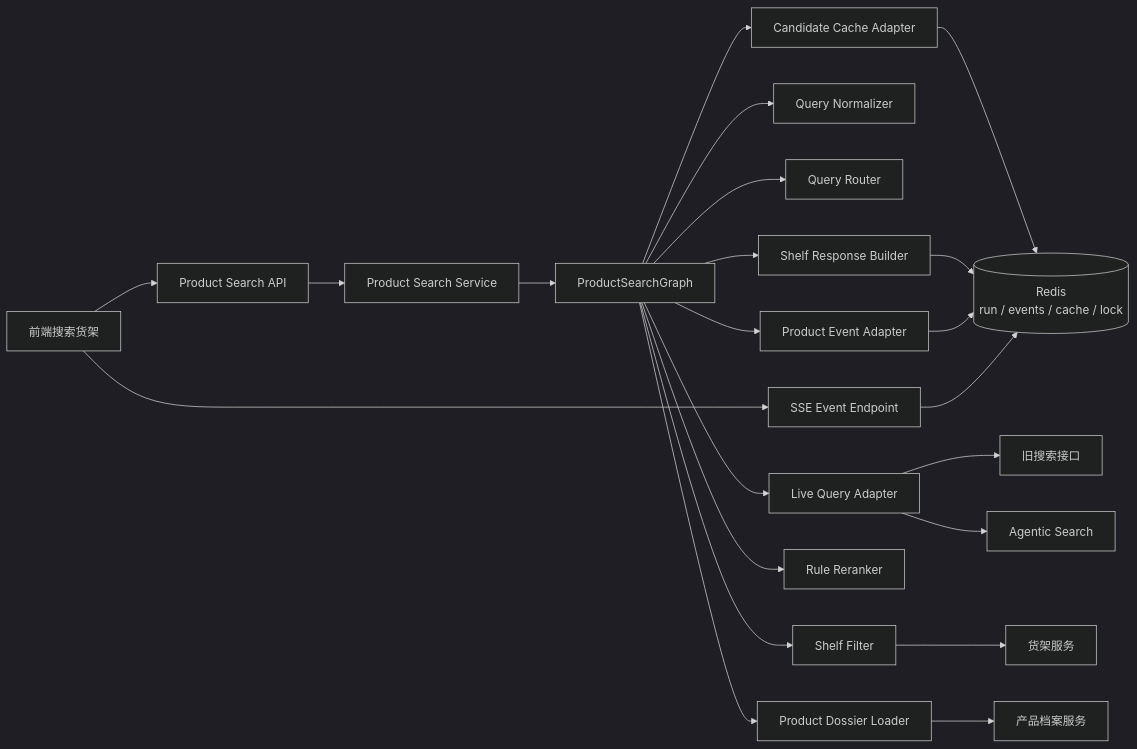
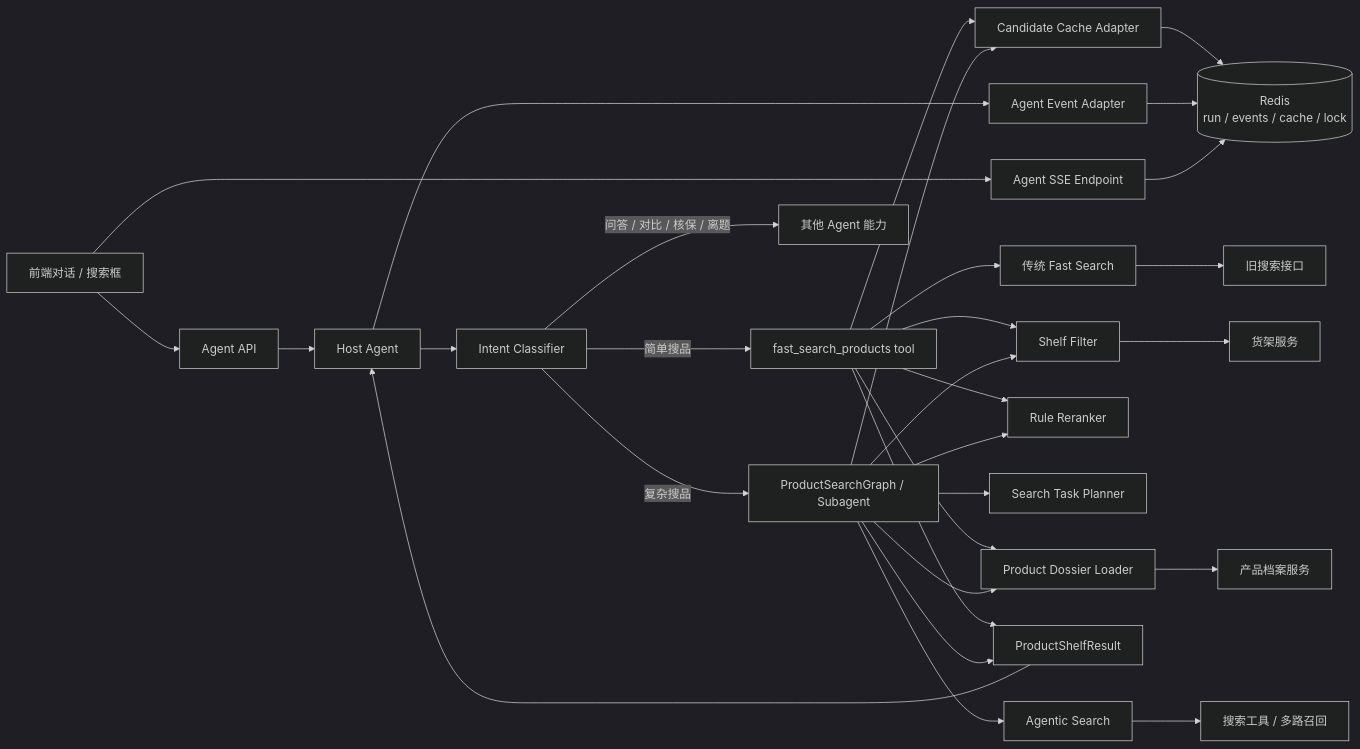
Before and after one commit to istarwyh/xiaohui: the first of 3 diagrams in content/program/llm/保险商品搜索 Agent 工程架构：从自然语言需求到可交互货架.md, drawn with Mermaid (dark theme). The commit also changed other lines of this file, not shown here.

Commit message:
修正搜品能力的 Agent 集成定位

````diff
--- a/content/program/llm/保险商品搜索 Agent 工程架构：从自然语言需求到可交互货架.md
+++ b/content/program/llm/保险商品搜索 Agent 工程架构：从自然语言需求到可交互货架.md
@@ -106,28 +122,38 @@
 ```mermaid
 flowchart LR
-    FE[前端搜索货架] --> API[Product Search API]
-    FE --> SSE[SSE Event Endpoint]
+    FE[前端对话 / 搜索框] --> API[Agent API]
+    FE --> SSE[Agent SSE Endpoint]
 
-    API --> SVC[Product Search Service]
-    SVC --> G[ProductSearchGraph]
+    API --> HOST[Host Agent]
+    HOST --> INTENT[Intent Classifier]
 
-    G --> N[Query Normalizer]
-    G --> R[Query Router]
-    G --> C[Candidate Cache Adapter]
-    G --> Q[Live Query Adapter]
-    G --> F[Shelf Filter]
-    G --> D[Product Dossier Loader]
-    G --> K[Rule Reranker]
-    G --> B[Shelf Response Builder]
+    INTENT -->|简单搜品| FAST[fast_search_products tool]
+    INTENT -->|复杂搜品| GRAPH[ProductSearchGraph / Subagent]
+    INTENT -->|问答 / 对比 / 核保 / 离题| OTHER[其他 Agent 能力]
 
-    C --> Redis[(Redis<br/>run / events / cache / lock)]
-    Q --> Legacy[旧搜索接口]
-    Q --> Agentic[Agentic Search]
-    F --> Shelf[货架服务]
-    D --> Dossier[产品档案服务]
-    B --> Redis
+    FAST --> CACHE[Candidate Cache Adapter]
+    FAST --> SEARCH[传统 Fast Search]
+    FAST --> FILTER[Shelf Filter]
+    FAST --> DOSSIER[Product Dossier Loader]
+    FAST --> RANK[Rule Reranker]
 
-    G --> E[Product Event Adapter]
-    E --> Redis
+    GRAPH --> PLAN[Search Task Planner]
+    GRAPH --> CACHE
+    GRAPH --> AGENTIC[Agentic Search]
+    GRAPH --> FILTER
+    GRAPH --> DOSSIER
+    GRAPH --> RANK
+
+    CACHE --> Redis[(Redis<br/>run / events / cache / lock)]
+    SEARCH --> Legacy[旧搜索接口]
+    AGENTIC --> Backend[搜索工具 / 多路召回]
+    FILTER --> Shelf[货架服务]
+    DOSSIER --> Dossier[产品档案服务]
+
+    FAST --> RESULT[ProductShelfResult]
+    GRAPH --> RESULT
+    RESULT --> HOST
+    HOST --> ADAPTER[Agent Event Adapter]
+    ADAPTER --> Redis
     SSE --> Redis
 ```
````
